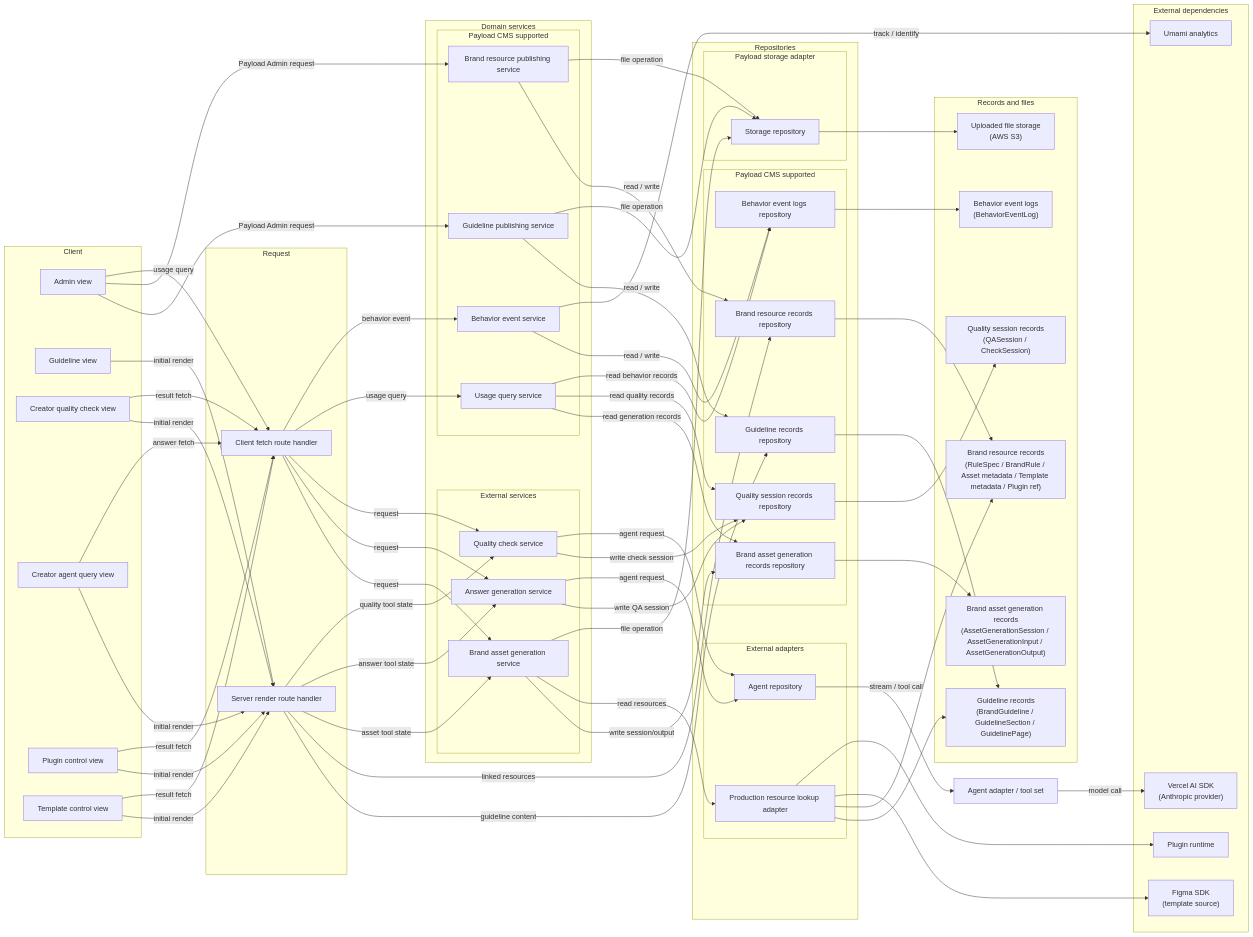
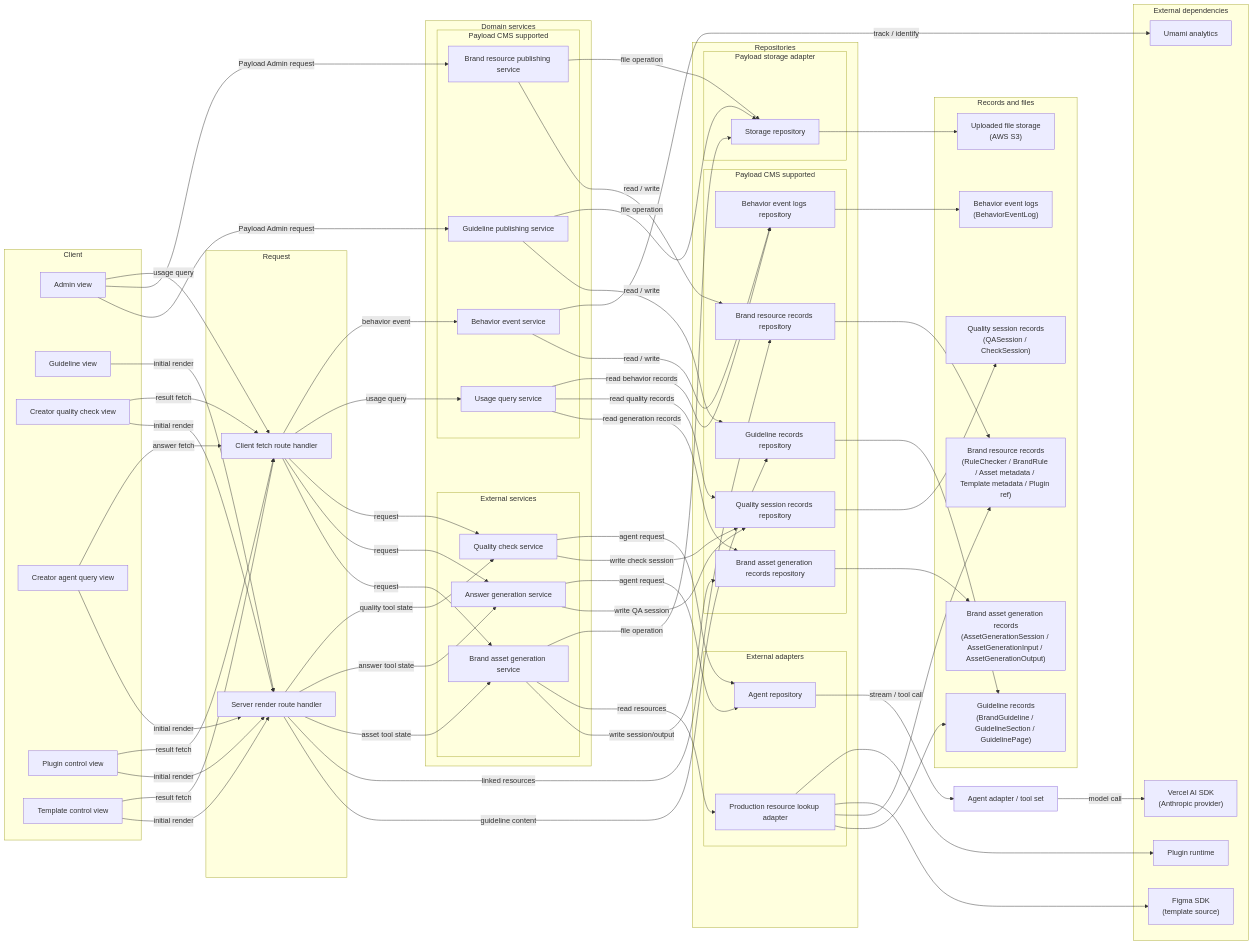
The first of 8 diagrams in docs/05-system-architecture.md (ewoooo/living-brand-system), drawn with Mermaid before and after one commit. The commit also changed other lines of this file and 15 other files, not shown here.

```diff
--- a/docs/05-system-architecture.md
+++ b/docs/05-system-architecture.md
@@ -155,7 +155,7 @@
 
   subgraph Storage["Records and files"]
     GuidelineStore["Guideline records<br/>(BrandGuideline / GuidelineSection / GuidelinePage)"]
-    BrandResourceStore["Brand resource records<br/>(RuleSpec / BrandRule / Asset metadata / Template metadata / Plugin ref)"]
+    BrandResourceStore["Brand resource records<br/>(RuleChecker / BrandRule / Asset metadata / Template metadata / Plugin ref)"]
     BrandAssetGenerationStore["Brand asset generation records<br/>(AssetGenerationSession / AssetGenerationInput / AssetGenerationOutput)"]
     QualityStore["Quality session records<br/>(QASession / CheckSession)"]
     BehaviorEventStore["Behavior event logs<br/>(BehaviorEventLog)"]
```
